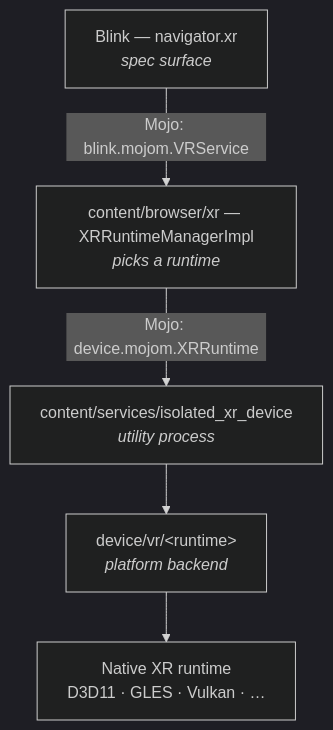
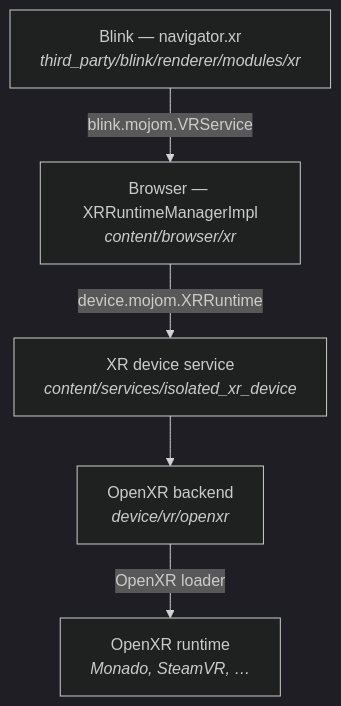
One commit to utzcoz/chromium-webxr-linux changed the first of 4 diagrams in README.md. Above: the diagram before and after it, drawn with Mermaid (dark theme). The commit also changed other lines of this file, not shown here.

First line of the commit message:
README: drop the old patch history and polish the architecture

````diff
--- a/README.md
+++ b/README.md
@@ -121,13 +99,13 @@
 ```mermaid
 flowchart TB
-    Blink["Blink — navigator.xr<br/><i>spec surface</i>"]
-    Browser["content/browser/xr — XRRuntimeManagerImpl<br/><i>picks a runtime</i>"]
-    Utility["content/services/isolated_xr_device<br/><i>utility process</i>"]
-    Backend["device/vr/&lt;runtime&gt;<br/><i>platform backend</i>"]
-    Native["Native XR runtime<br/>D3D11 · GLES · Vulkan · …"]
+    Blink["Blink — navigator.xr<br/><i>third_party/blink/renderer/modules/xr</i>"]
+    Browser["Browser — XRRuntimeManagerImpl<br/><i>content/browser/xr</i>"]
+    Utility["XR device service<br/><i>content/services/isolated_xr_device</i>"]
+    Backend["OpenXR backend<br/><i>device/vr/openxr</i>"]
+    Native["OpenXR runtime<br/><i>Monado, SteamVR, …</i>"]
 
-    Blink -->|Mojo: blink.mojom.VRService| Browser
-    Browser -->|Mojo: device.mojom.XRRuntime| Utility
+    Blink -->|blink.mojom.VRService| Browser
+    Browser -->|device.mojom.XRRuntime| Utility
     Utility --> Backend
-    Backend --> Native
+    Backend -->|OpenXR loader| Native
 ```
````
